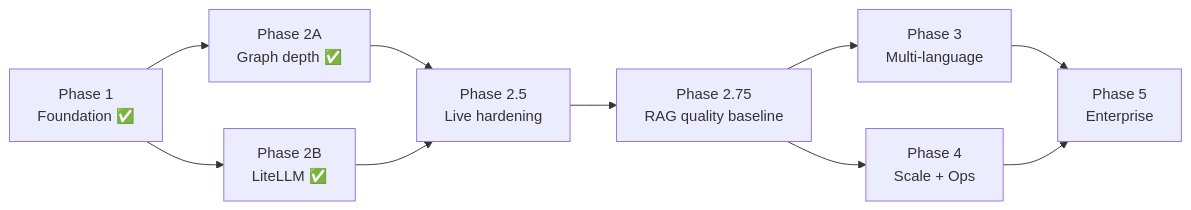
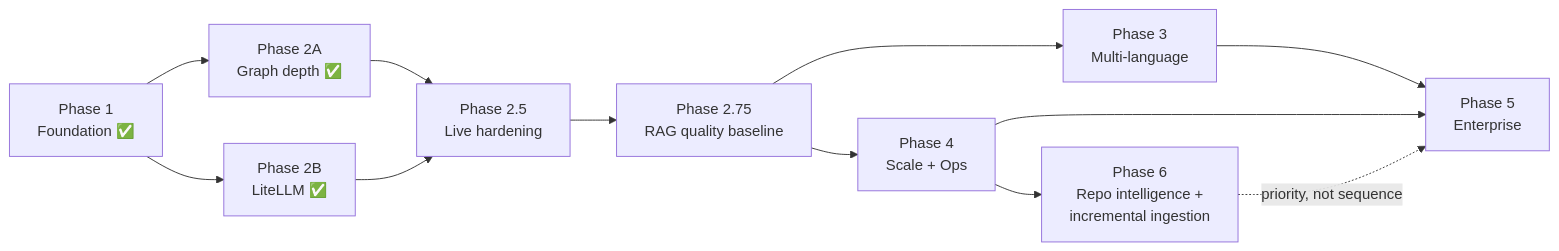
Before and after one commit to sankar-ramamoorthy/rag-foundry-universal: the diagram in DOCS/audit/07-Roadmap.md, drawn with Mermaid. The commit also changed other lines of this file and 1 other file, not shown here.

````diff
--- a/DOCS/audit/07-Roadmap.md
+++ b/DOCS/audit/07-Roadmap.md
@@ -187,12 +233,14 @@
 ```mermaid
 graph LR
   P1[Phase 1<br/>Foundation ✅] --> P2A[Phase 2A<br/>Graph depth ✅]
   P1 --> P2B[Phase 2B<br/>LiteLLM ✅]
   P2A --> P25[Phase 2.5<br/>Live hardening]
   P2B --> P25
   P25 --> P275[Phase 2.75<br/>RAG quality baseline]
   P275 --> P3[Phase 3<br/>Multi-language]
   P275 --> P4[Phase 4<br/>Scale + Ops]
   P3 --> P5[Phase 5<br/>Enterprise]
   P4 --> P5
+  P4 --> P6[Phase 6<br/>Repo intelligence +<br/>incremental ingestion]
+  P6 -.priority, not sequence.-> P5
 ```
````
